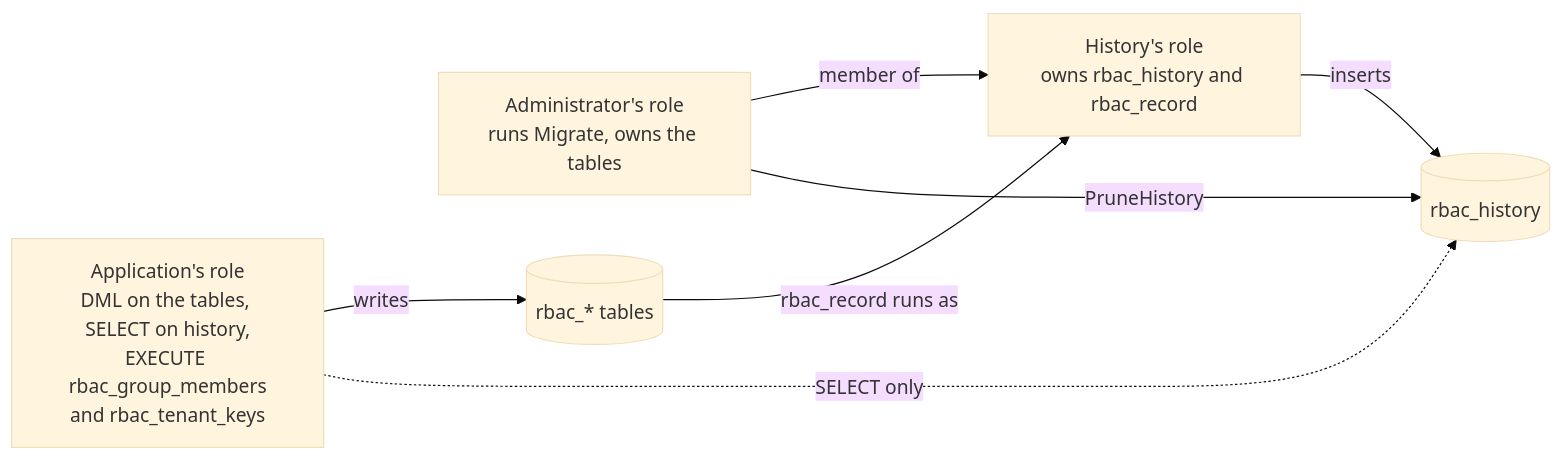
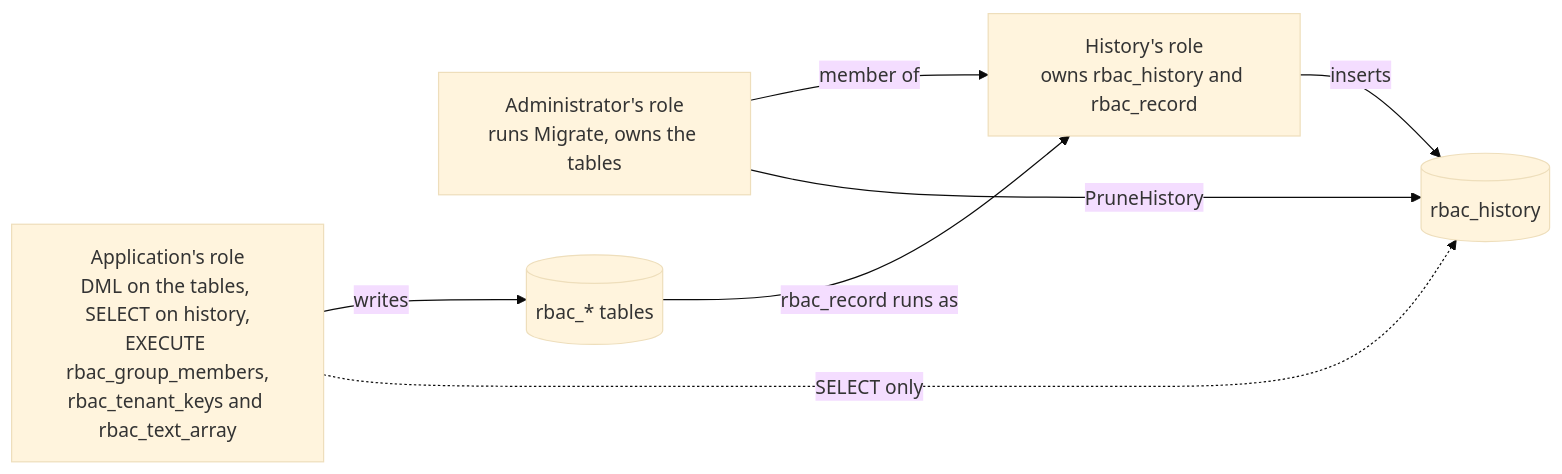
Before and after one commit to parallelworks/rbac: diagram 13 of 13 in docs/architecture.md, drawn with Mermaid (base theme). The commit also changed other lines of this file and 7 other files, not shown here.

Commit message:
fix: as of a time, a check rereads every version of the tenant's custom roles for each it reads and lists read the tenant's whole history, Filter keeps a denied resource whose path starts from 0, and lists of tenants by a label value apply the tenant's label (#68)

````diff
--- a/docs/architecture.md
+++ b/docs/architecture.md
@@ -657,12 +658,12 @@
 ```mermaid
 flowchart LR
     admin["Administrator's role<br/>runs Migrate, owns the tables"]
     histrole["History's role<br/>owns rbac_history and rbac_record"]
-    app["Application's role<br/>DML on the tables, SELECT on history,<br/>EXECUTE rbac_group_members<br/>and rbac_tenant_keys"]
+    app["Application's role<br/>DML on the tables, SELECT on history,<br/>EXECUTE rbac_group_members,<br/>rbac_tenant_keys and rbac_text_array"]
     admin -->|"member of"| histrole
     app -->|"writes"| tables[("rbac_* tables")]
     tables -->|"rbac_record runs as"| histrole
     histrole -->|"inserts"| hist[("rbac_history")]
     app -.->|"SELECT only"| hist
     admin -->|"PruneHistory"| hist
 ```
````
